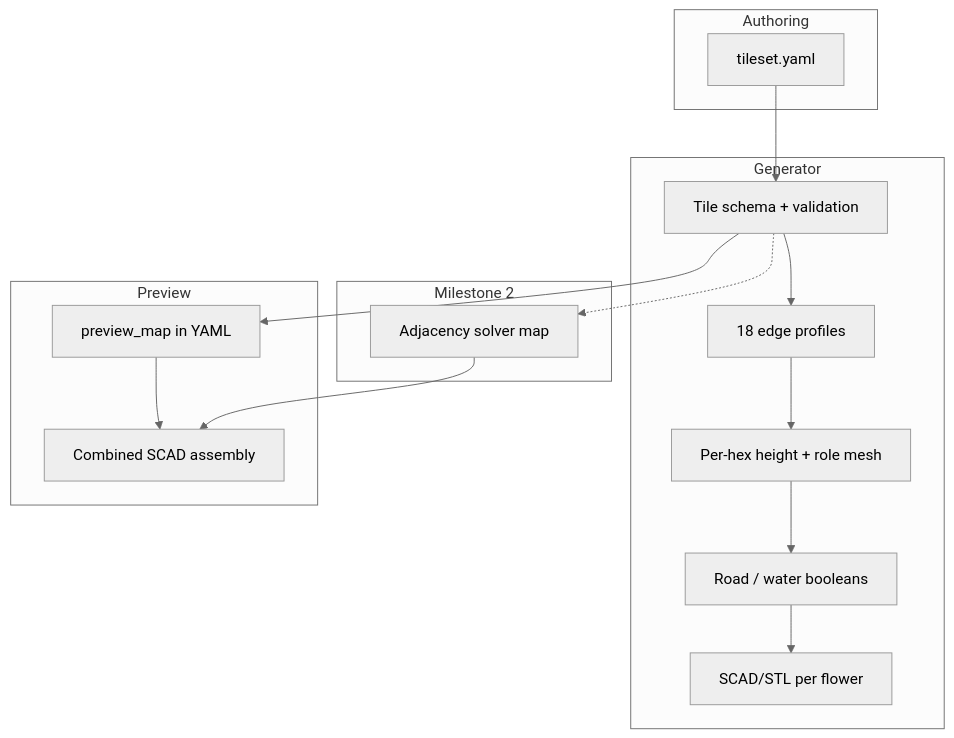
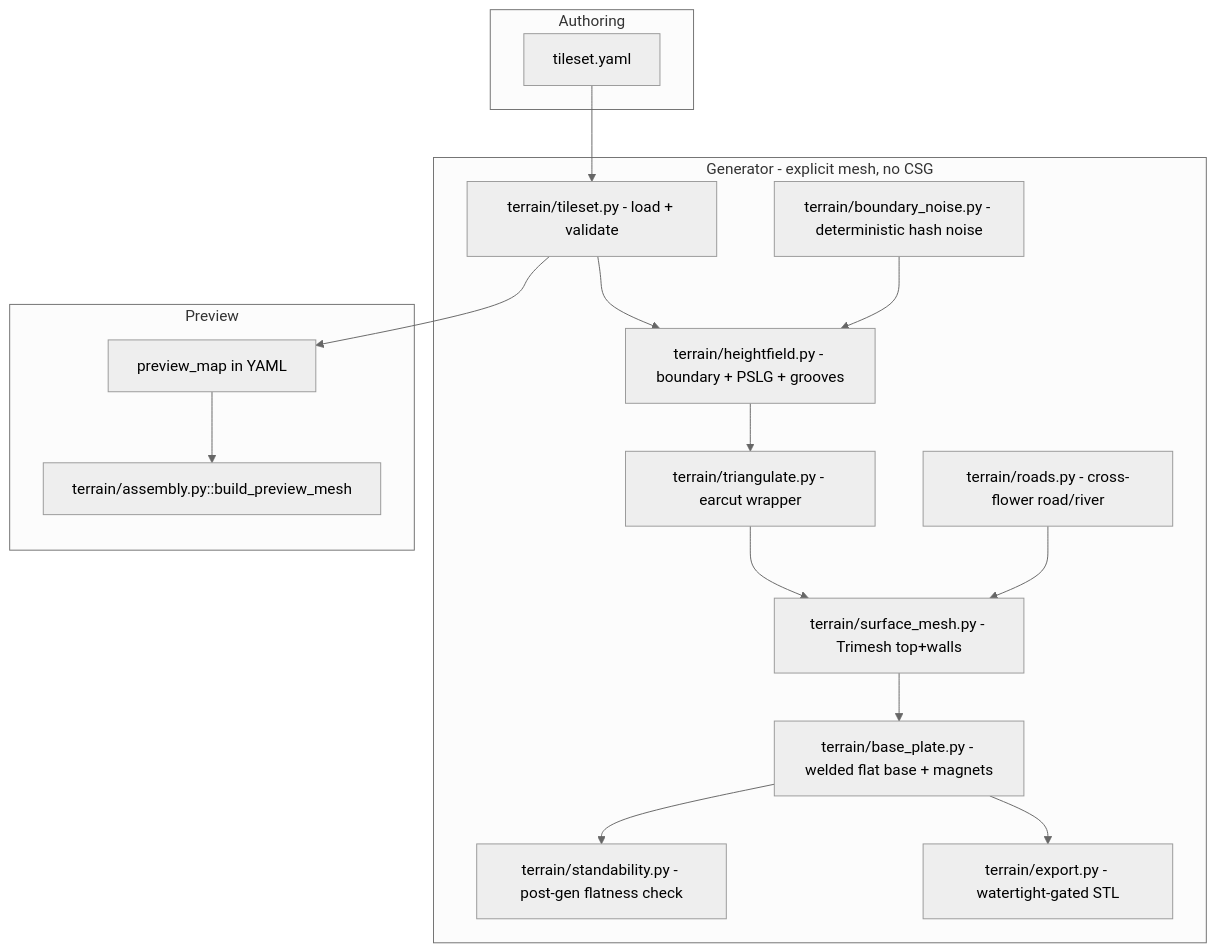
One commit to 3DExtended/TableTopWorld changed the diagram in docs/plans/3d-hex-flower-terrain.md. Above: the diagram before and after it, drawn with Mermaid (neutral theme). The commit also changed other lines of this file and 55 other files, not shown here.

````diff
--- a/docs/plans/3d-hex-flower-terrain.md
+++ b/docs/plans/3d-hex-flower-terrain.md
@@ -20,24 +40,29 @@
 ```mermaid
 flowchart TB
   subgraph authoring [Authoring]
     TilesetYAML[tileset.yaml]
   end
-  subgraph core [Generator]
-    Schema[Tile schema + validation]
-    Edges[18 edge profiles]
-    HexMesh[Per-hex height + role mesh]
-    Features[Road / water booleans]
-    Export[SCAD/STL per flower]
+  subgraph core [Generator - explicit mesh, no CSG]
+    Schema[terrain/tileset.py - load + validate]
+    Noise[terrain/boundary_noise.py - deterministic hash noise]
+    Heightfield[terrain/heightfield.py - boundary + PSLG + grooves]
+    Tri[terrain/triangulate.py - earcut wrapper]
+    Roads[terrain/roads.py - cross-flower road/river]
+    Surface[terrain/surface_mesh.py - Trimesh top+walls]
+    Plate[terrain/base_plate.py - welded flat base + magnets]
+    Standability[terrain/standability.py - post-gen flatness check]
+    Export[terrain/export.py - watertight-gated STL]
   end
   subgraph preview [Preview]
     ManualMap[preview_map in YAML]
-    Combined[Combined SCAD assembly]
-  end
-  subgraph later [Milestone 2]
-    AutoMap[Adjacency solver map]
+    Combined[terrain/assembly.py::build_preview_mesh]
   end
   TilesetYAML --> Schema
-  Schema --> Edges --> HexMesh --> Features --> Export
+  Schema --> Heightfield
+  Noise --> Heightfield
+  Heightfield --> Tri --> Surface
+  Roads --> Surface
+  Surface --> Plate --> Export
+  Plate --> Standability
   Schema --> ManualMap --> Combined
-  Schema -.-> AutoMap --> Combined
 ```
````
